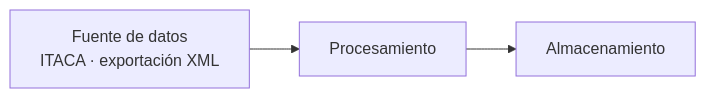
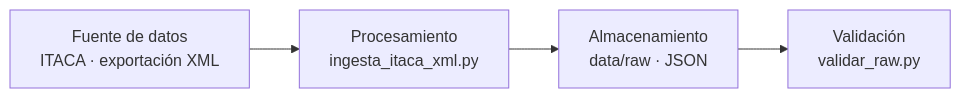
One commit to HaelSel02/bigdata-p1-itaca changed the diagram in README.md. Above: the diagram before and after it, drawn with Mermaid. The commit also changed other lines of this file and 1 other file, not shown here.

Commit message:
Readme actualizado con la práctica de ingesta

````diff
--- a/README.md
+++ b/README.md
@@ -9,4 +11,5 @@
 ```mermaid
 graph LR
-    A[Fuente de datos<br/>ITACA · exportación XML] --> B[Procesamiento] --> C[Almacenamiento]
+    A[Fuente de datos<br/>ITACA · exportación XML] --> B[Procesamiento<br/>ingesta_itaca_xml.py] --> C[Almacenamiento<br/>data/raw · JSON]
+    C --> D[Validación<br/>validar_raw.py]
 ```
````
